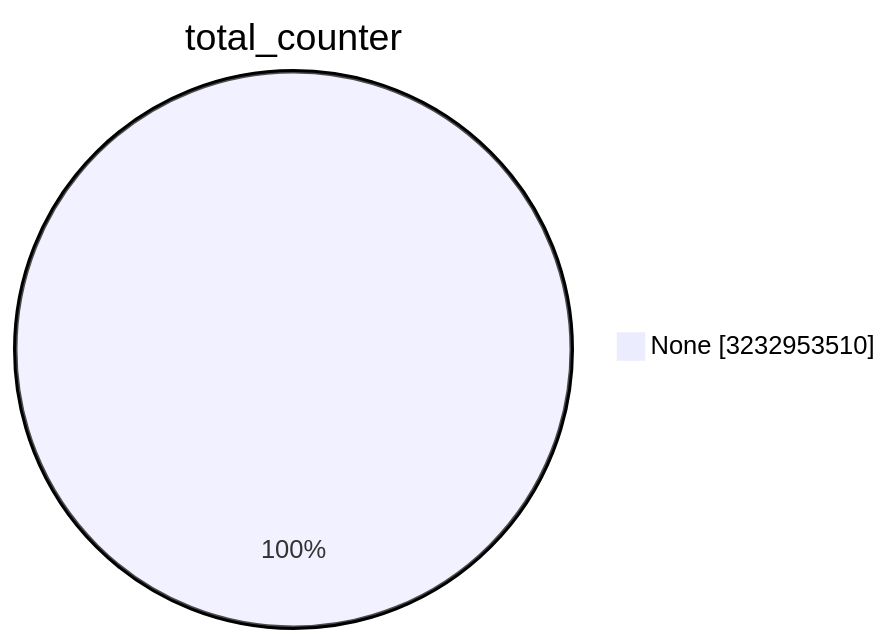
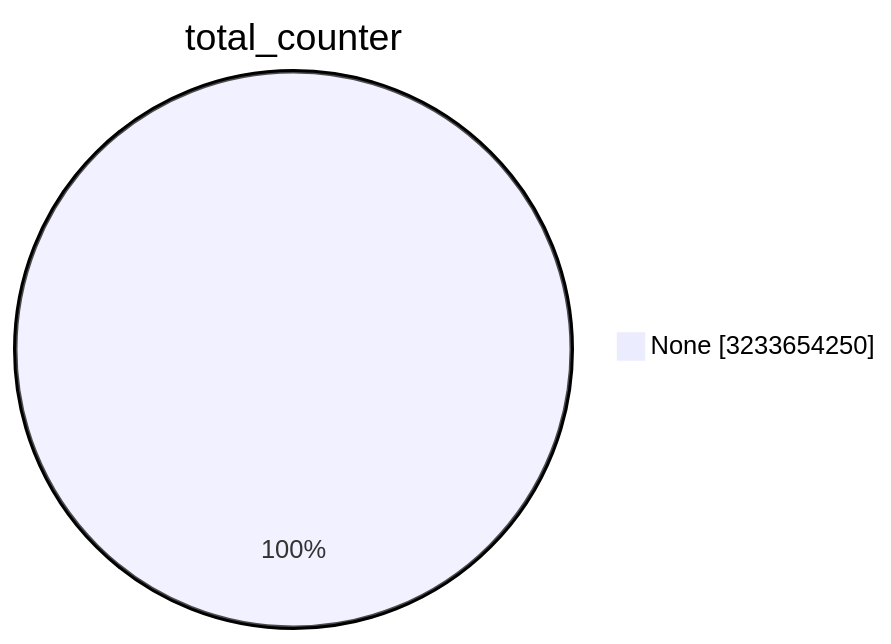
The first of 15 diagrams in TOTAL/README.md (christiankrug/ctmonitor_visualization), drawn with Mermaid before and after one commit. The commit also changed other lines of this file, not shown here.

````diff
--- a/TOTAL/README.md
+++ b/TOTAL/README.md
@@ -1,5 +1,5 @@
 ```mermaid
 pie showData
 title total_counter
-"None" :3232953510
+"None" :3233654250
 ```
````
